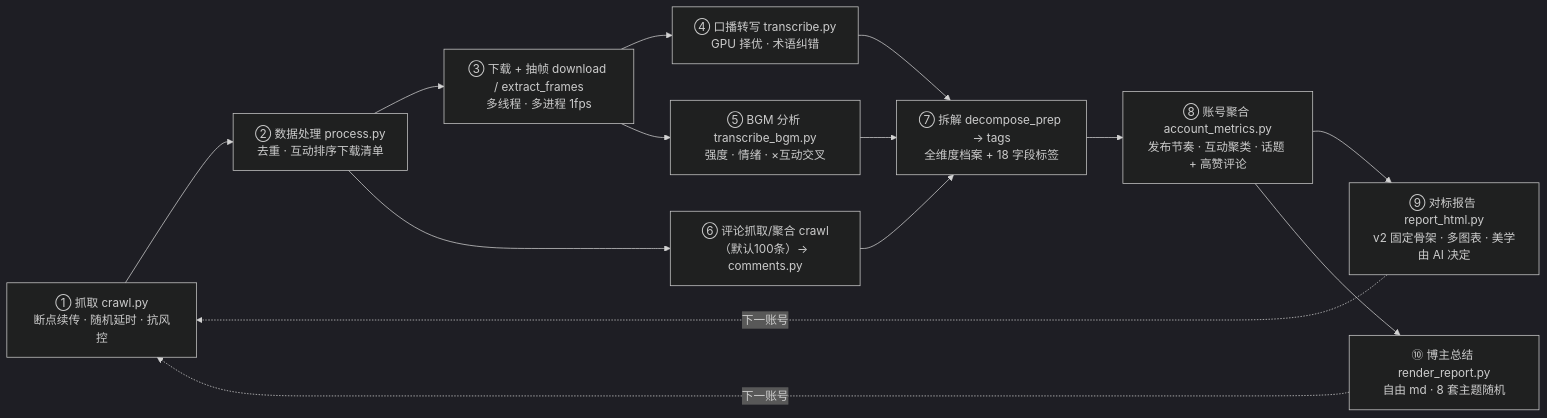
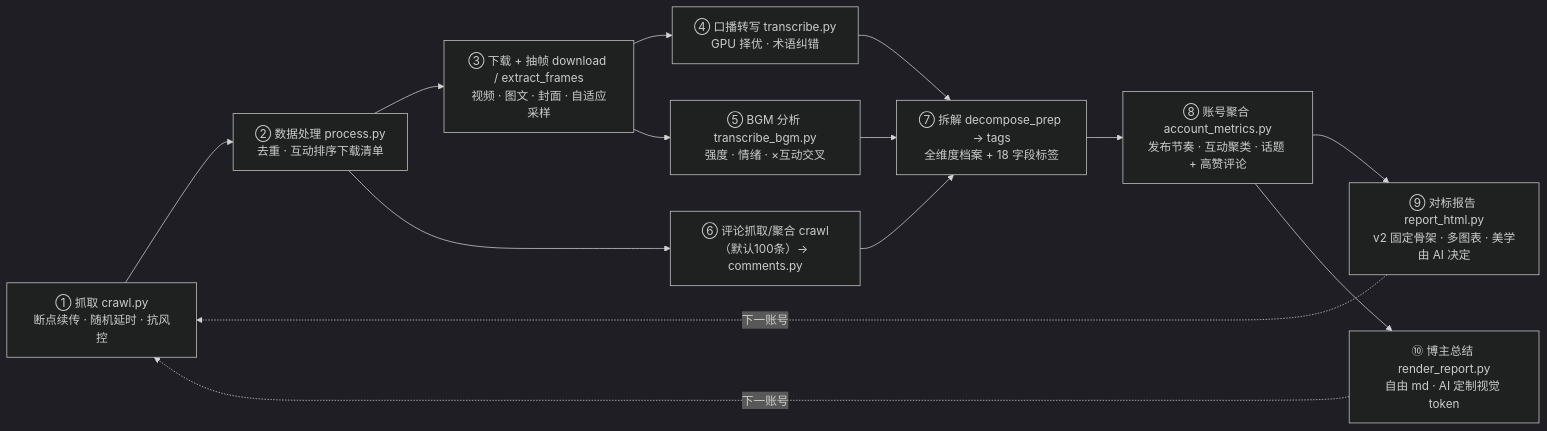
The diagram in README.md (sdhack/douyin-crawl-report), drawn with Mermaid (dark theme) before and after one commit. The commit also changed other lines of this file and 19 other files, not shown here.

````diff
--- a/README.md
+++ b/README.md
@@ -18,16 +18,16 @@
 ```mermaid
 flowchart LR
     A["① 抓取 crawl.py<br/>断点续传 · 随机延时 · 抗风控"] --> B["② 数据处理 process.py<br/>去重 · 互动排序下载清单"]
-    B --> C["③ 下载 + 抽帧 download / extract_frames<br/>多线程 · 多进程 1fps"]
+    B --> C["③ 下载 + 抽帧 download / extract_frames<br/>视频 · 图文 · 封面 · 自适应采样"]
     C --> D["④ 口播转写 transcribe.py<br/>GPU 择优 · 术语纠错"]
     C --> E["⑤ BGM 分析 transcribe_bgm.py<br/>强度 · 情绪 · ×互动交叉"]
     B --> F["⑥ 评论抓取/聚合 crawl（默认100条）→ comments.py"]
     D --> G["⑦ 拆解 decompose_prep → tags<br/>全维度档案 + 18 字段标签"]
     F --> G
     E --> G
     G --> H["⑧ 账号聚合 account_metrics.py<br/>发布节奏 · 互动聚类 · 话题 + 高赞评论"]
     H --> I["⑨ 对标报告 report_html.py<br/>v2 固定骨架 · 多图表 · 美学由 AI 决定"]
-    H --> J["⑩ 博主总结 render_report.py<br/>自由 md · 8 套主题随机"]
+    H --> J["⑩ 博主总结 render_report.py<br/>自由 md · AI 定制视觉 token"]
     I -.->|下一账号| A
     J -.->|下一账号| A
 ```
````
